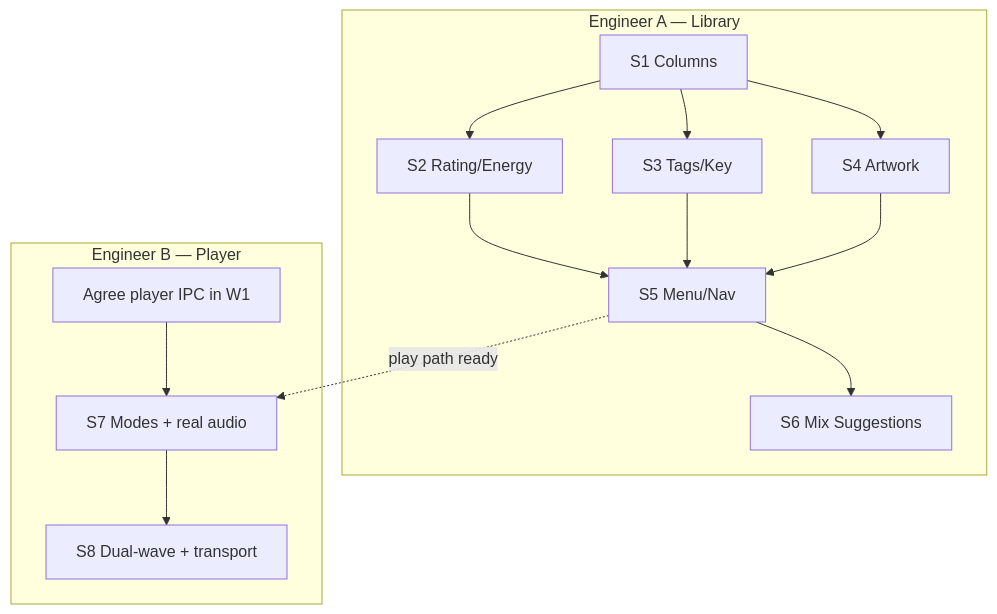
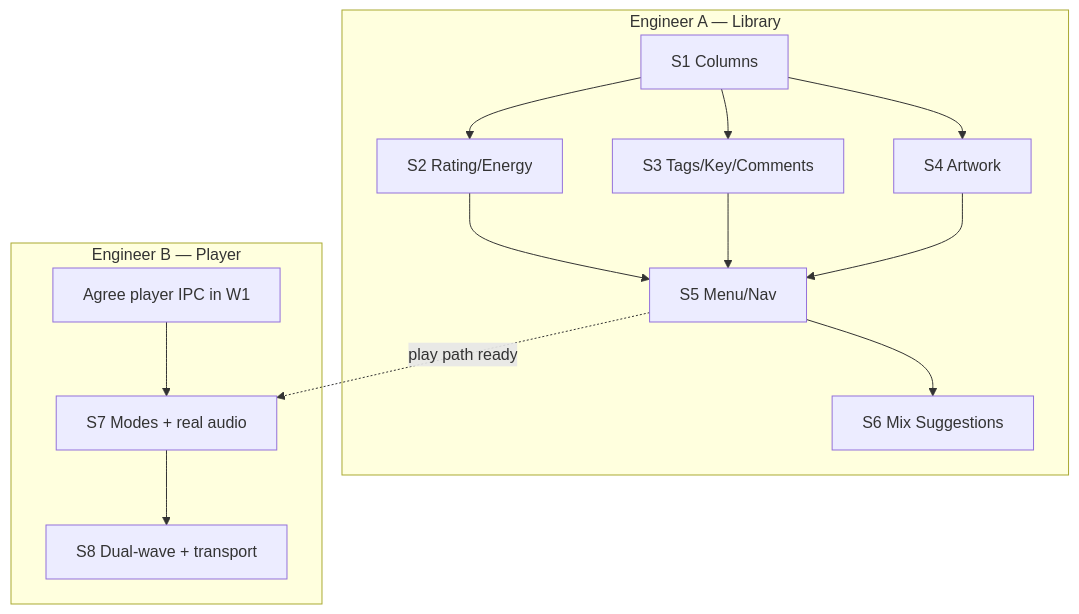
The third of 9 diagrams in docs/diagrams/16-phase2-library-player-deps.md (iDorgham/DJ-Assistant), drawn with Mermaid before and after one commit. The commit also changed other lines of this file and 20 other files, not shown here.

````diff
--- a/docs/diagrams/16-phase2-library-player-deps.md
+++ b/docs/diagrams/16-phase2-library-player-deps.md
@@ -119,19 +119,19 @@
 ```mermaid
 flowchart TB
   subgraph EngA["Engineer A — Library"]
     A1[S1 Columns] --> A2[S2 Rating/Energy]
-    A1 --> A3[S3 Tags/Key]
+    A1 --> A3[S3 Tags/Key/Comments]
     A1 --> A4[S4 Artwork]
     A2 --> A5[S5 Menu/Nav]
     A3 --> A5
     A4 --> A5
     A5 --> A6[S6 Mix Suggestions]
   end
 
   subgraph EngB["Engineer B — Player"]
     B0[Agree player IPC in W1] --> B7[S7 Modes + real audio]
     B7 --> B8[S8 Dual-wave + transport]
   end
 
   A5 -.->|play path ready| B7
 ```
````
